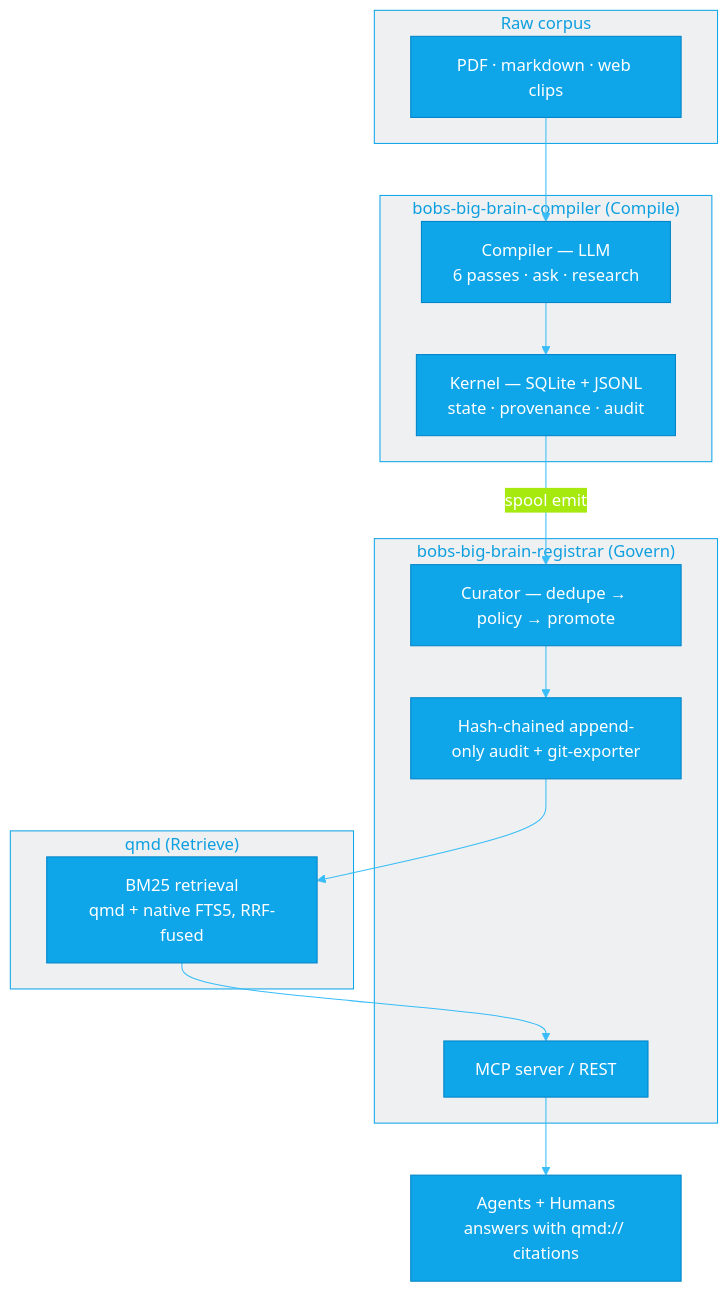
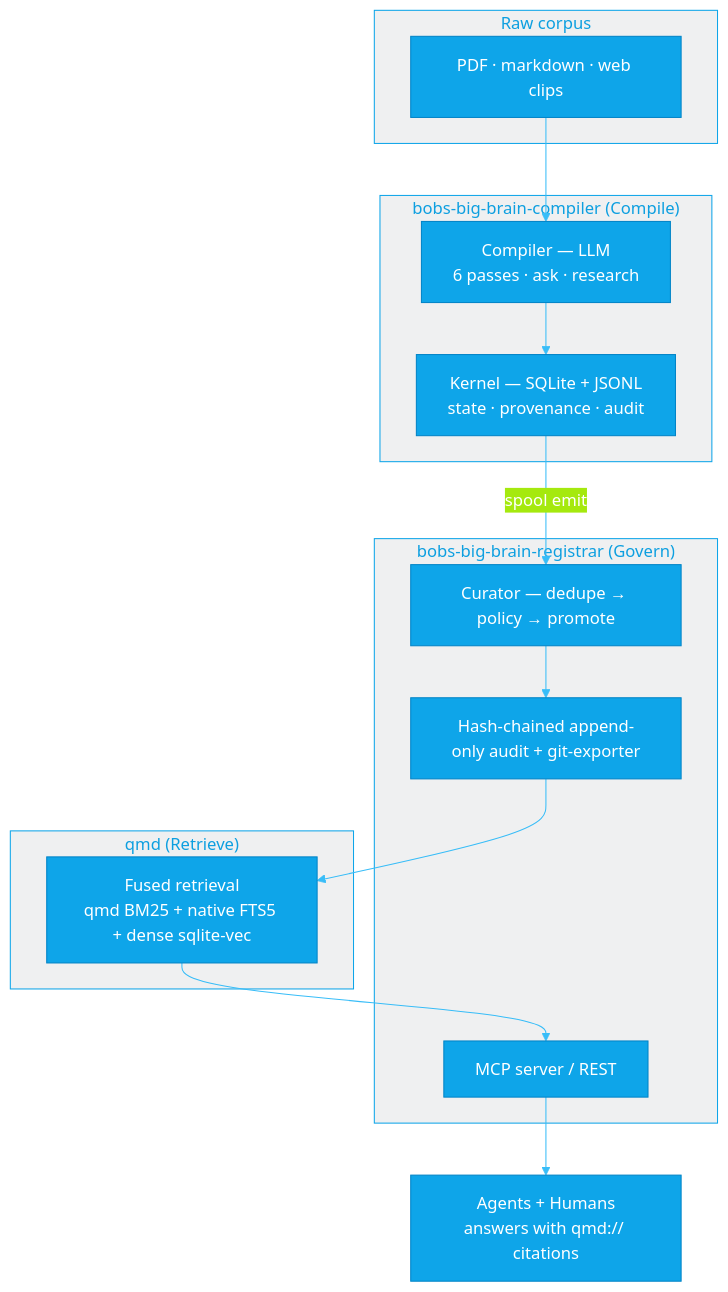
The third of 3 diagrams in README.md (intent-solutions-io/bobs-big-brain-umbrella), drawn with Mermaid before and after one commit. The commit also changed other lines of this file and 12 other files, not shown here.

````diff
--- a/README.md
+++ b/README.md
@@ -143,25 +143,25 @@
 ```mermaid
 %%{init: {'theme':'base','themeVariables':{
   'primaryColor':'#0ea5e9','primaryBorderColor':'#0284c7','primaryTextColor':'#ffffff',
   'lineColor':'#38bdf8','clusterBkg':'#0c192910','clusterBorder':'#0ea5e9'}}}%%
 flowchart TB
     subgraph SRC["Raw corpus"]
         D["PDF · markdown · web clips"]
     end
     subgraph ICO["bobs-big-brain-compiler (Compile)"]
         K["Kernel — SQLite + JSONL<br/>state · provenance · audit"]
         C["Compiler — LLM<br/>6 passes · ask · research"]
     end
     subgraph KB["bobs-big-brain-registrar (Govern)"]
         CUR["Curator — dedupe → policy → promote"]
         AUD["Hash-chained append-only audit + git-exporter"]
         MCP["MCP server / REST"]
     end
     subgraph QMD["qmd (Retrieve)"]
-        IDX["BM25 retrieval<br/>qmd + native FTS5, RRF-fused"]
+        IDX["Fused retrieval<br/>qmd BM25 + native FTS5 + dense sqlite-vec"]
     end
     D --> C --> K
     K -->|spool emit| CUR
     CUR --> AUD --> IDX
     IDX --> MCP --> Out["Agents + Humans<br/>answers with qmd:// citations"]
 ```
````
